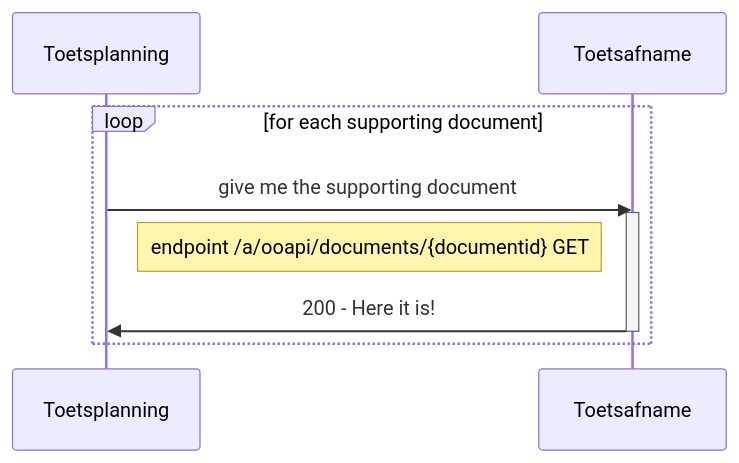
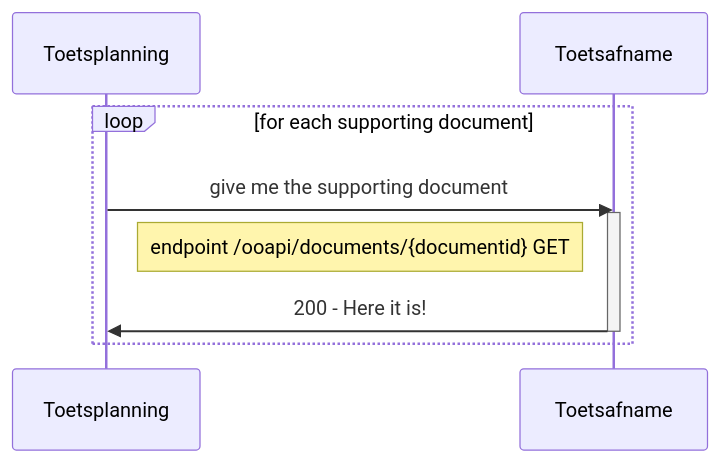
Before and after one commit to NetwerkExamineringDigitalisering/NED-OOAPI: the fifth of 6 diagrams in doc/flow3.md, drawn with Mermaid. The commit also changed other lines of this file and 4 other files, not shown here.

````diff
--- a/doc/flow3.md
+++ b/doc/flow3.md
@@ -208,13 +208,13 @@
 ```mermaid
 sequenceDiagram
     participant Toetsplanning
     participant Toetsafname
     loop for each supporting document
       Toetsplanning->>Toetsafname: give me the supporting document
       activate Toetsafname
-      Note right of Toetsplanning: endpoint /a/ooapi/documents/{documentid} GET
+      Note right of Toetsplanning: endpoint /ooapi/documents/{documentid} GET
       Toetsafname->>Toetsplanning: 200 - Here it is!
       deactivate Toetsafname
    end
 
 ```
````
